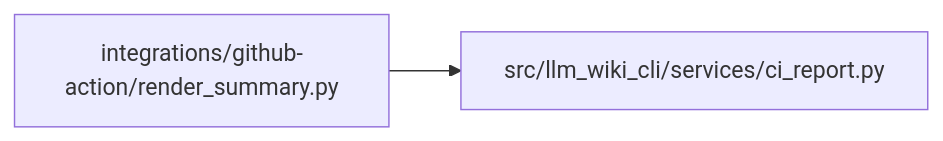
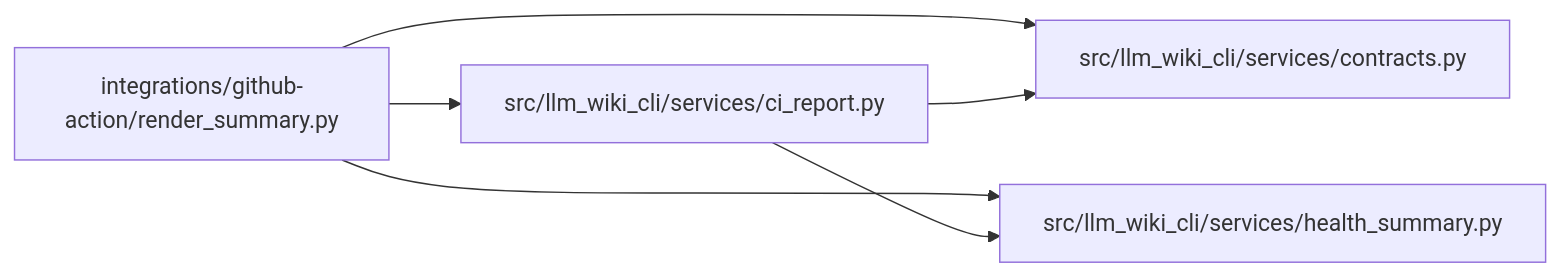
The diagram in docs/llm_wiki/modules/render_summary.md (Denissvgn/python-wiki-llm), drawn with Mermaid before and after one commit. The commit also changed other lines of this file and 727 other files, not shown here.

````diff
--- a/docs/llm_wiki/modules/render_summary.md
+++ b/docs/llm_wiki/modules/render_summary.md
@@ -30,8 +32,16 @@
 ```mermaid
 flowchart LR
     n0["integrations/github-action/render_summary.py"]
     n1["src/llm_wiki_cli/services/ci_report.py"]
+    n2["src/llm_wiki_cli/services/contracts.py"]
+    n3["src/llm_wiki_cli/services/health_summary.py"]
     n0 --> n1
+    n0 --> n2
+    n0 --> n3
+    n1 --> n2
+    n1 --> n3
     click n0 "../modules/render_summary.md"
     click n1 "../modules/ci_report.md"
+    click n2 "../modules/services_contracts.md"
+    click n3 "../modules/health_summary.md"
 ```
````
